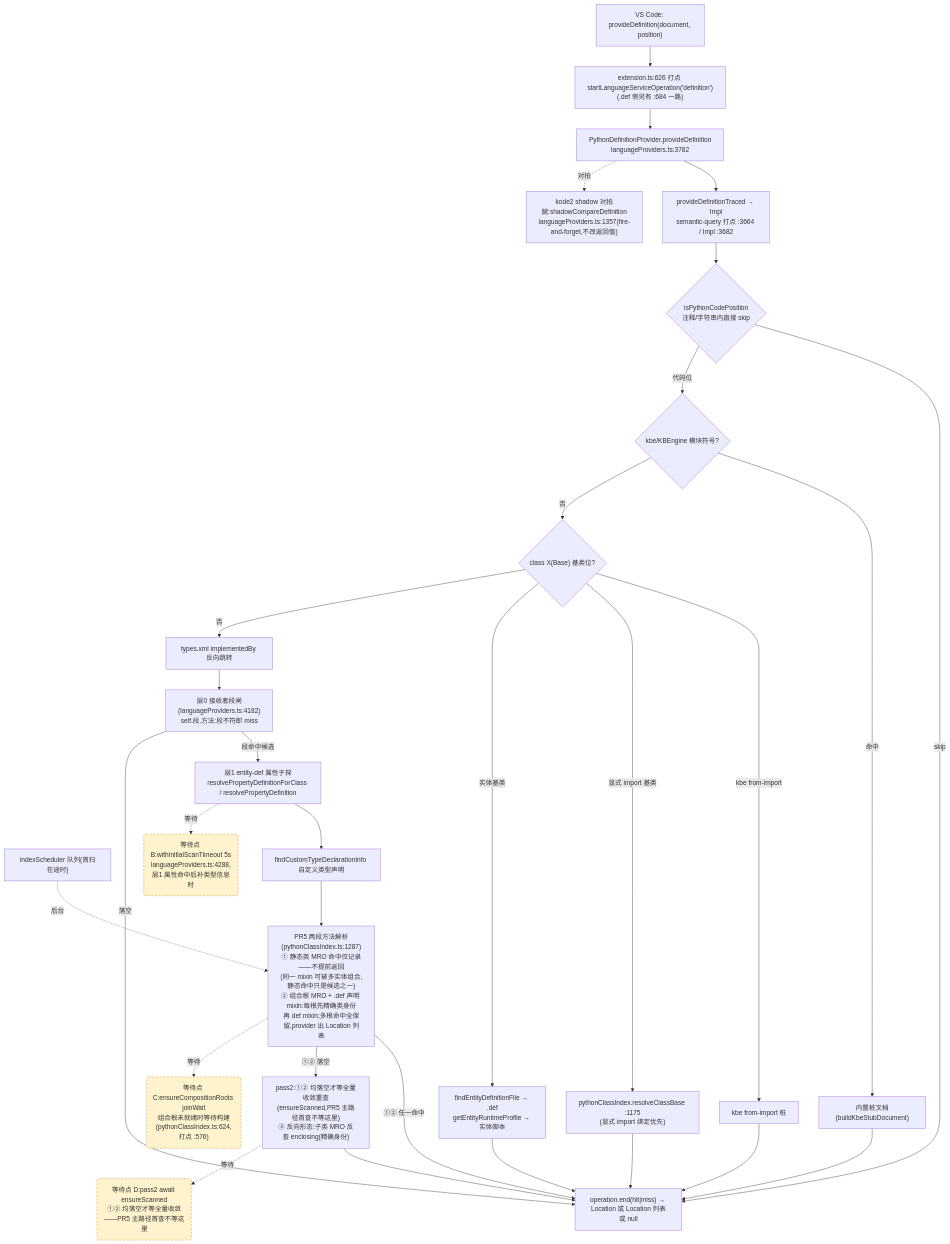
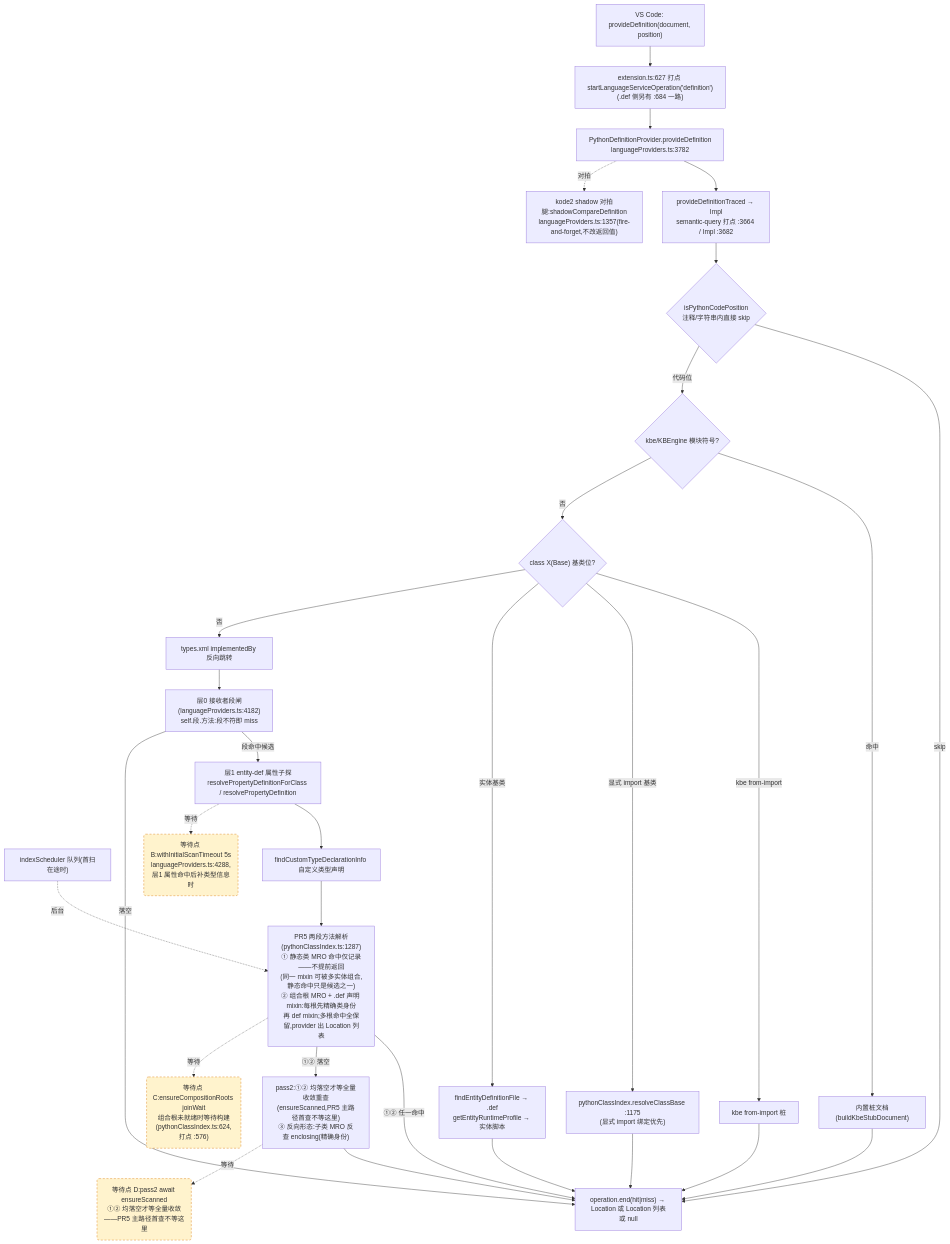
The second of 4 diagrams in docs/perf/2026-baseline.md (cuihairu/kode), drawn with Mermaid before and after one commit. The commit also changed other lines of this file and 10 other files, not shown here.

````diff
--- a/docs/perf/2026-baseline.md
+++ b/docs/perf/2026-baseline.md
@@ -130,51 +130,51 @@
 ```mermaid
 flowchart TD
   VC2["VS Code: provideDefinition(document, position)"]
-  M2["extension.ts:626 打点 startLanguageServiceOperation('definition')<br/>(.def 侧另有 :684 一路)"]
+  M2["extension.ts:627 打点 startLanguageServiceOperation('definition')<br/>(.def 侧另有 :684 一路)"]
   AD2["PythonDefinitionProvider.provideDefinition<br/>languageProviders.ts:3782"]
   TR["provideDefinitionTraced → Impl<br/>semantic-query 打点 :3664 / Impl :3682"]
   CTX{"isPythonCodePosition<br/>注释/字符串内直接 skip"}
   KBE{"kbe/KBEngine 模块符号?"}
   STUB["内置桩文档(buildKbeStubDocument)"]
   CB{"class X(Base) 基类位?"}
   CB1["kbe from-import 桩"]
   CB2["pythonClassIndex.resolveClassBase :1175<br/>(显式 import 绑定优先)"]
   CB3["findEntityDefinitionFile → .def<br/>getEntityRuntimeProfile → 实体脚本"]
   REV["types.xml implementedBy 反向跳转"]
   L0["层0 接收者段闸(languageProviders.ts:4182)<br/>self.段.方法:段不符即 miss"]
   L1["层1 entity-def 属性子探<br/>resolvePropertyDefinitionForClass / resolvePropertyDefinition"]
   SCAN["indexScheduler 队列(首扫在途时)"]
   TY["findCustomTypeDeclarationInfo 自定义类型声明"]
   MRO["PR5 两段方法解析(pythonClassIndex.ts:1287)<br/>① 静态类 MRO 命中仅记录——不提前返回<br/>(同一 mixin 可被多实体组合,静态命中只是候选之一)<br/>② 组合根 MRO + .def 声明 mixin:每根先精确类身份<br/>再 def mixin;多根命中全保留,provider 出 Location 列表"]
   PASS2["pass2:①② 均落空才等全量收敛重查<br/>(ensureScanned,PR5 主路径首查不等这里)<br/>③ 反向形态:子类 MRO 反查 enclosing(精确身份)"]
   SHD["kode2 shadow 对拍腿:shadowCompareDefinition<br/>languageProviders.ts:1357(fire-and-forget,不改返回值)"]
   END2["operation.end(hit|miss) → Location 或 Location 列表或 null"]
 
   VC2 --> M2 --> AD2 --> TR --> CTX
   CTX -- "skip" --> END2
   CTX -- "代码位" --> KBE
   KBE -- "命中" --> STUB --> END2
   KBE -- "否" --> CB
   CB -- "kbe from-import" --> CB1 --> END2
   CB -- "显式 import 基类" --> CB2 --> END2
   CB -- "实体基类" --> CB3 --> END2
   CB -- "否" --> REV --> L0
   L0 -- "段命中候选" --> L1
   L0 -- "落空" --> END2
   L1 --> TY
   TY --> MRO
   MRO -- "①② 任一命中" --> END2
   MRO -- "①② 落空" --> PASS2 --> END2
   AD2 -.->|对拍| SHD
 
   WAITB("等待点 B:withInitialScanTimeout 5s<br/>languageProviders.ts:4288,层1 属性命中后补类型信息时")
   WAITC("等待点 C:ensureCompositionRoots joinWait<br/>组合根未就绪时等待构建(pythonClassIndex.ts:624,打点 :576)")
   WAITD("等待点 D:pass2 await ensureScanned<br/>①② 均落空才等全量收敛——PR5 主路径首查不等这里")
   L1 -.->|等待| WAITB
   MRO -.->|等待| WAITC
   PASS2 -.->|等待| WAITD
   SCAN -.->|后台| MRO
 
   classDef waitPoint fill:#fff3cd,stroke:#d97706,stroke-dasharray:5 4;
   class WAITB,WAITC,WAITD waitPoint;
 ```
````
